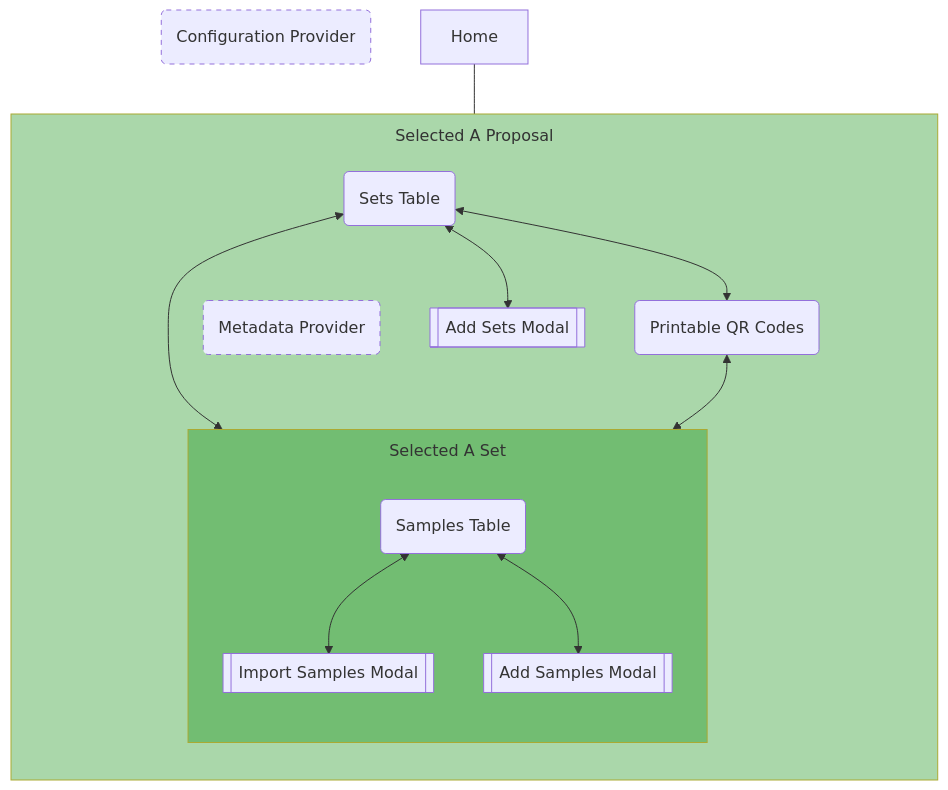
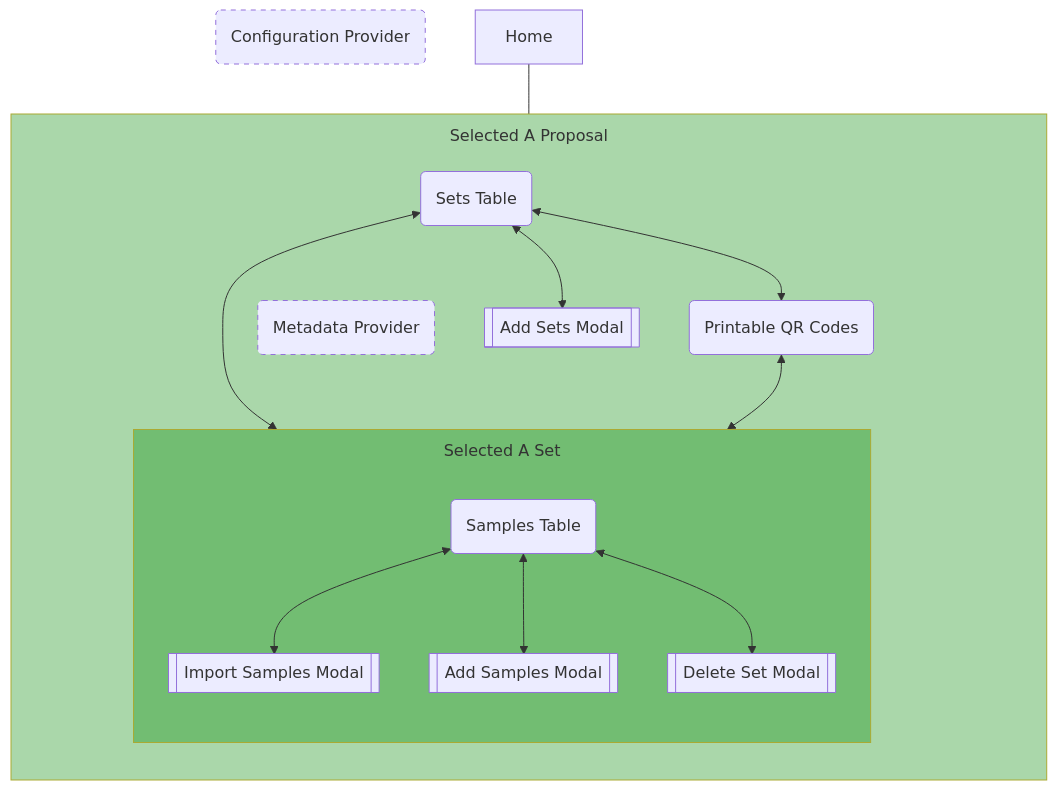
The diagram in README.md (jfrias-CS/Modified-ALS-Sample-Tracker), drawn with Mermaid before and after one commit.

Commit message:
Adding the "delete Set" modal to the UI diagram.

````diff
--- a/README.md
+++ b/README.md
@@ -37,49 +37,51 @@
 ```mermaid
 ---
 config:
   flowchart:
     subGraphTitleMargin:
       top: 10
       bottom: 10
 ---
 flowchart TB
 
 Config("`Configuration Provider`")
 Home@{ shape: process, label: "Home"}
 
 Home --- Sets
 
 subgraph SubP[Selected A Proposal]
   direction TB
 
   Sets("`Sets Table`")
   Meta("`Metadata Provider`")
   QR("`Printable QR Codes`")
   AddSets@{ shape: subprocess, label: "Add Sets Modal"}
 
   Sets <--> QR
   Sets ~~~ Meta
   Sets <--> AddSets
   Sets <--> Samples
   QR <--> Samples
 
   subgraph SubS[Selected A Set]
     direction TB
 
     Samples("`Samples Table`")
     ImpSamples@{ shape: subprocess, label: "Import Samples Modal"}
     AddSamples@{ shape: subprocess, label: "Add Samples Modal"}
+    DeleteSet@{ shape: subprocess, label: "Delete Set Modal"}
 
     Samples <--> ImpSamples
     Samples <--> AddSamples
+    Samples <--> DeleteSet
 
   end
 end
 
 style SubP fill:#0805,padding-top:5em;
 style SubS fill:#0805
 
 style Config stroke-dasharray: 5 5
 style Meta stroke-dasharray: 5 5
 
 ```
````
